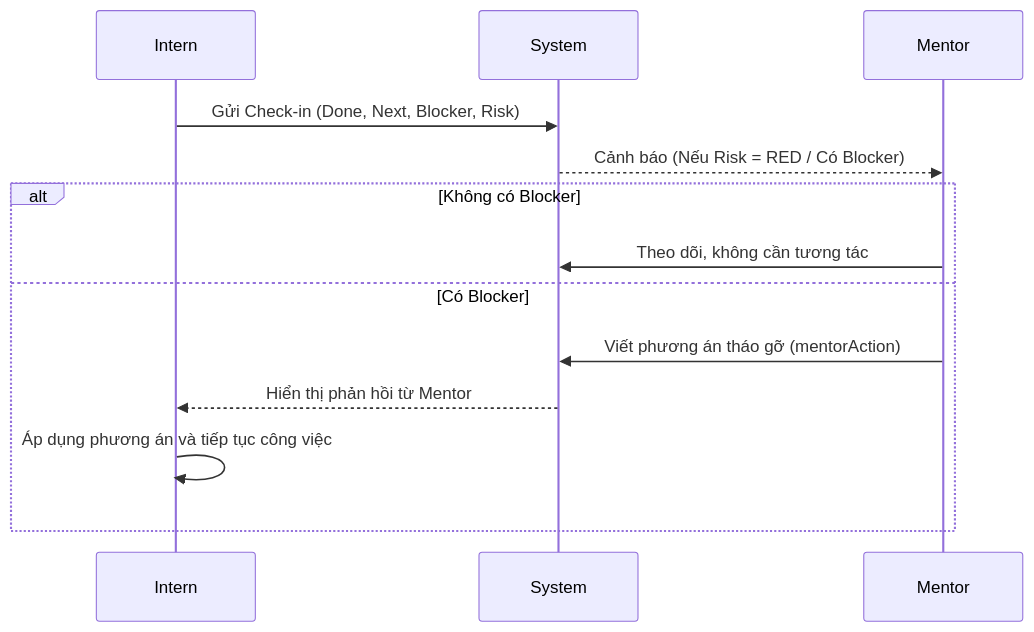
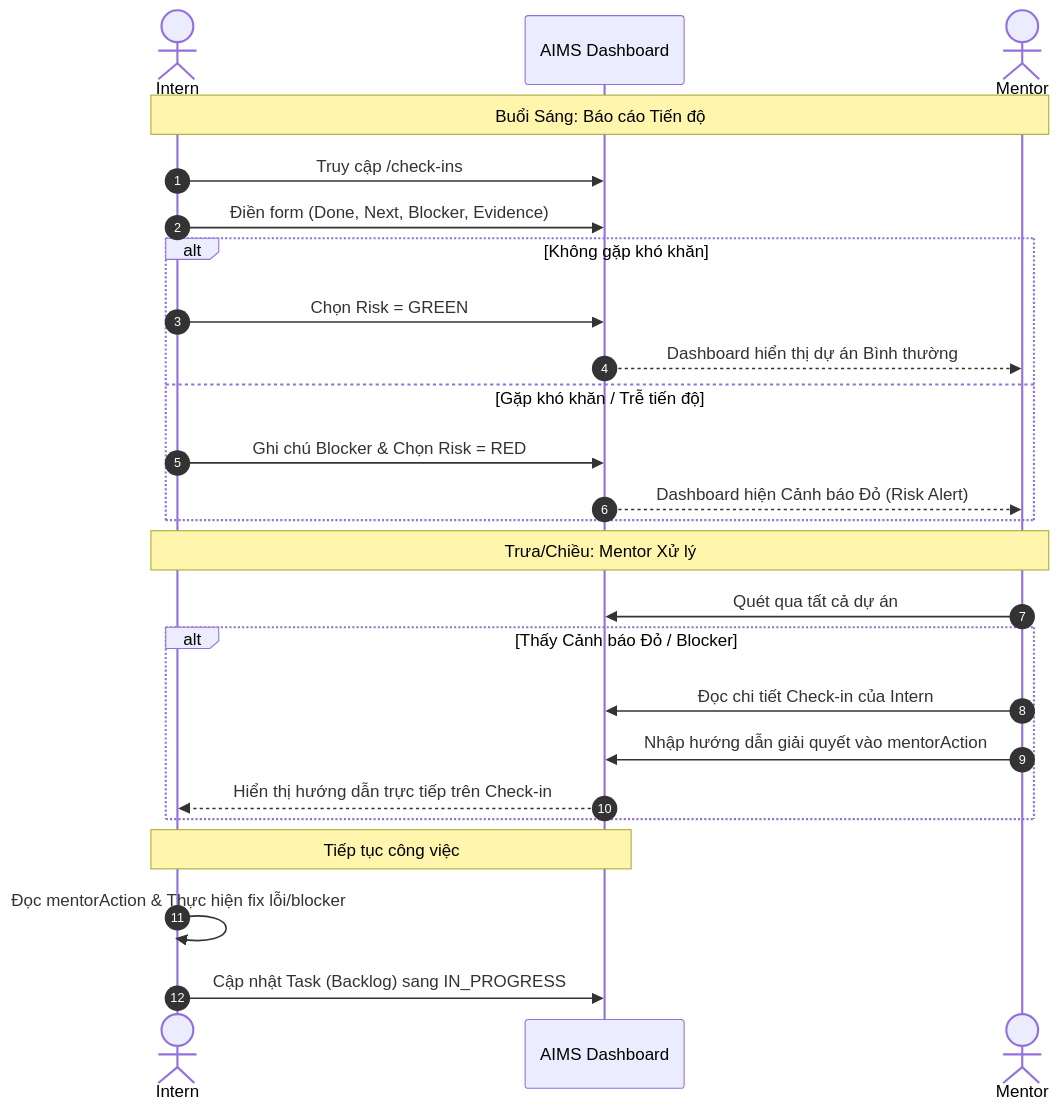
One commit to xh1712006-debug/AIMS changed the diagram in .agents/docs/features/03-daily-checkin-system.md. Above: the diagram before and after it, drawn with Mermaid. The commit also changed other lines of this file and 53 other files, not shown here.

````diff
--- a/.agents/docs/features/03-daily-checkin-system.md
+++ b/.agents/docs/features/03-daily-checkin-system.md
@@ -24,17 +9,31 @@
 ```mermaid
 sequenceDiagram
-    participant Intern
-    participant System
-    participant Mentor
+    autonumber
+    actor I as Intern
+    participant S as AIMS Dashboard
+    actor M as Mentor
 
-    Intern->>System: Gửi Check-in (Done, Next, Blocker, Risk)
-    System-->>Mentor: Cảnh báo (Nếu Risk = RED / Có Blocker)
+    Note over I, M: Buổi Sáng: Báo cáo Tiến độ
+    I->>S: Truy cập /check-ins
+    I->>S: Điền form (Done, Next, Blocker, Evidence)
     
-    alt Không có Blocker
-        Mentor->>System: Theo dõi, không cần tương tác
-    else Có Blocker
-        Mentor->>System: Viết phương án tháo gỡ (mentorAction)
-        System-->>Intern: Hiển thị phản hồi từ Mentor
-        Intern->>Intern: Áp dụng phương án và tiếp tục công việc
+    alt Không gặp khó khăn
+        I->>S: Chọn Risk = GREEN
+        S-->>M: Dashboard hiển thị dự án Bình thường
+    else Gặp khó khăn / Trễ tiến độ
+        I->>S: Ghi chú Blocker & Chọn Risk = RED
+        S-->>M: Dashboard hiện Cảnh báo Đỏ (Risk Alert)
     end
+    
+    Note over M, I: Trưa/Chiều: Mentor Xử lý
+    M->>S: Quét qua tất cả dự án
+    alt Thấy Cảnh báo Đỏ / Blocker
+        M->>S: Đọc chi tiết Check-in của Intern
+        M->>S: Nhập hướng dẫn giải quyết vào mentorAction
+        S-->>I: Hiển thị hướng dẫn trực tiếp trên Check-in
+    end
+    
+    Note over I, S: Tiếp tục công việc
+    I->>I: Đọc mentorAction & Thực hiện fix lỗi/blocker
+    I->>S: Cập nhật Task (Backlog) sang IN_PROGRESS
 ```
````
